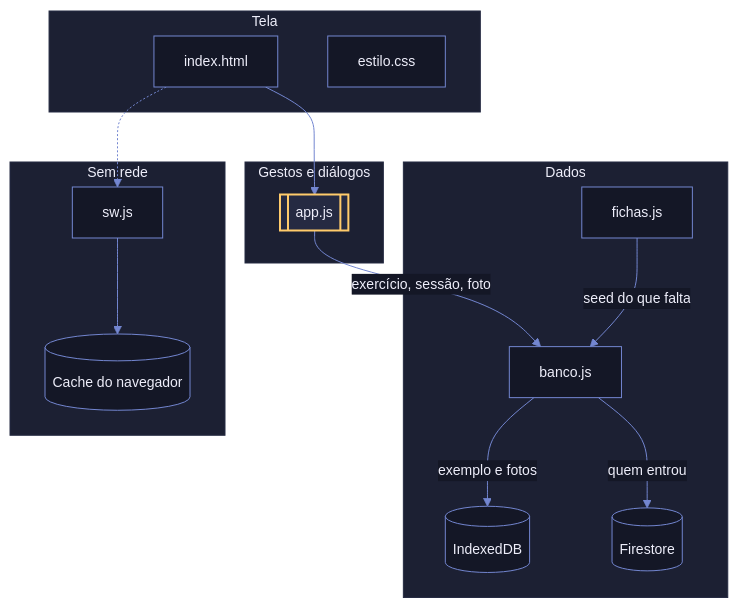
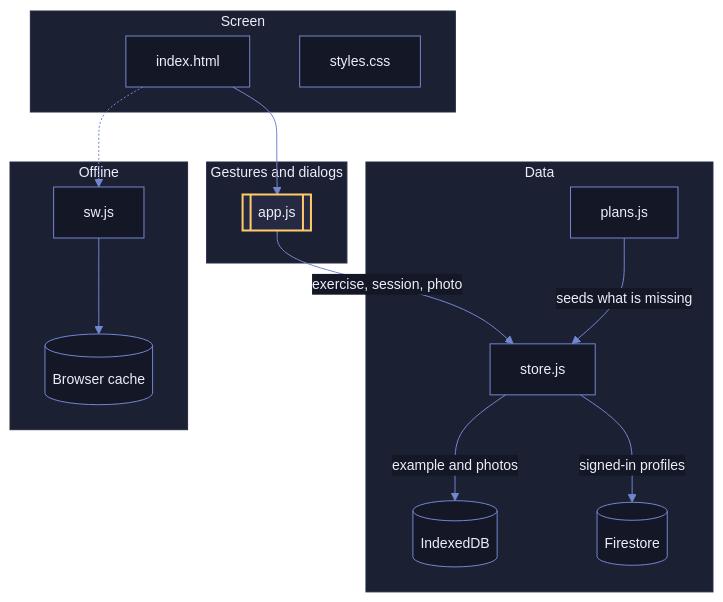
One commit to v-amorim/academia changed the first of 3 diagrams in README.md. Above: the diagram before and after it, drawn with Mermaid. The commit also changed other lines of this file and 19 other files, not shown here.

````diff
--- a/README.md
+++ b/README.md
@@ -19,73 +24,72 @@
 ```mermaid
 ---
 config:
   theme: base
   themeVariables:
     darkMode: true
     background: "#0D0E17"
     mainBkg: "#141726"
     primaryColor: "#141726"
     primaryTextColor: "#EEEEFA"
     primaryBorderColor: "#7386d0"
     secondaryColor: "#252A42"
     secondaryTextColor: "#EEEEFA"
     secondaryBorderColor: "#8A9BE0"
     tertiaryColor: "#7386D0"
     tertiaryTextColor: "#EEEEFA"
     tertiaryBorderColor: "#A2B0EA"
     lineColor: "#7386d0"
     textColor: "#EEEEFA"
     titleColor: "#EEEEFA"
     nodeBorder: "#7386d0"
     nodeTextColor: "#EEEEFA"
     clusterBkg: "#1C2033"
     clusterBorder: "#252A42"
     edgeLabelBackground: "#141726"
     noteBkgColor: "#7386D0"
     noteTextColor: "#EEEEFA"
     noteBorderColor: "#7386d0"
     activationBkgColor: "#252A42"
     activationBorderColor: "#ffcb6b"
     arrowheadColor: "#7386d0"
     border1: "#7386d0"
     border2: "#7E86A4"
     errorBkgColor: "#7386D0"
     errorTextColor: "#EEEEFA"
     fontFamily: "Mulish, system-ui, sans-serif"
     fontSize: "14px"
 ---
 flowchart TB
   classDef router fill:#252A42,stroke:#ffcb6b,stroke-width:2px,color:#EEEEFA
-  classDef ghost fill:transparent,stroke:#7E86A4,stroke-dasharray:4 4,color:#7E86A4
 
-  subgraph tela["Tela"]
+  subgraph screen["Screen"]
     html["`index.html`"]
-    css["`estilo.css`"]
+    css["`styles.css`"]
   end
 
-  subgraph logica["Gestos e diálogos"]
+  subgraph logic["Gestures and dialogs"]
     app[["`app.js`"]]
   end
 
-  subgraph dados["Dados"]
-    fichas["`fichas.js`"]
-    banco["`banco.js`"]
+  subgraph data["Data"]
+    plans["`plans.js`"]
+    store["`store.js`"]
     idb[("`IndexedDB`")]
-    nuvem[("`Firestore`")]
+    cloud[("`Firestore`")]
   end
 
-  subgraph offline["Sem rede"]
+  subgraph offline["Offline"]
     sw["`sw.js`"]
-    cache[("`Cache do navegador`")]
+    cache[("`Browser cache`")]
   end
 
   html --> app
-  app -->|"exercício, sessão, foto"| banco
-  fichas -->|"seed do que falta"| banco
-  banco -->|"exemplo e fotos"| idb
-  banco -->|"quem entrou"| nuvem
+  app -->|"exercise, session, photo"| store
+  plans -->|"seeds what is missing"| store
+  store -->|"example and photos"| idb
+  store -->|"signed-in profiles"| cloud
   html -.-> sw
   sw --> cache
 
   class app router
 ```
````
